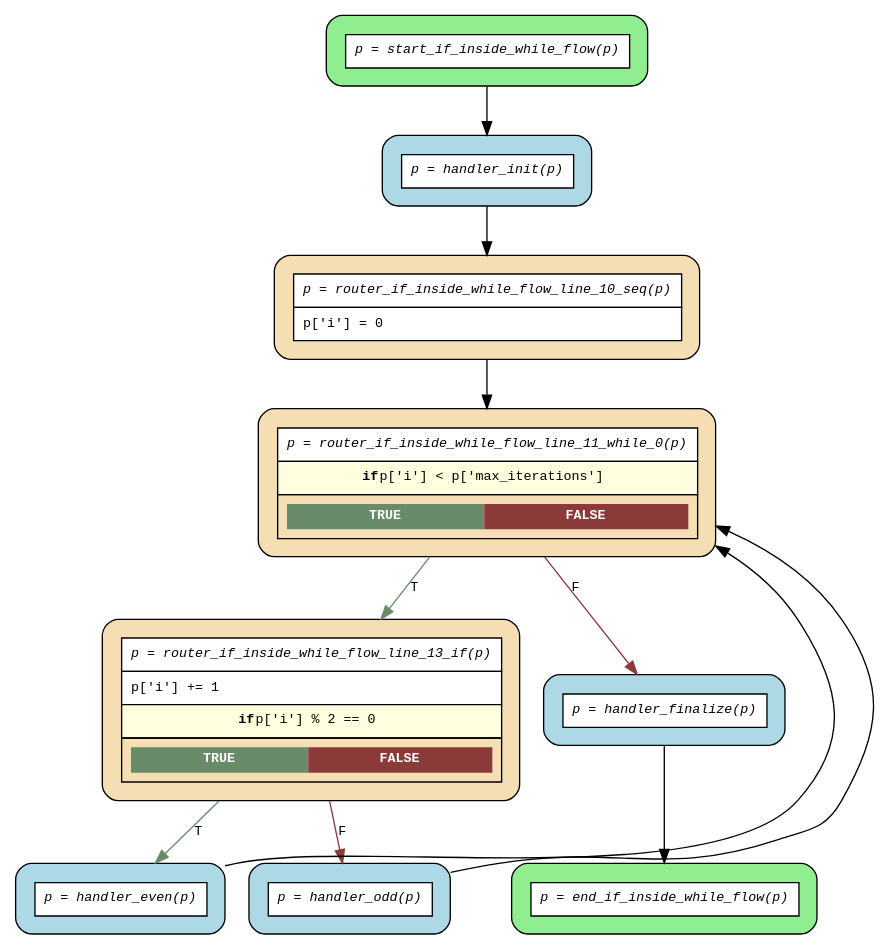
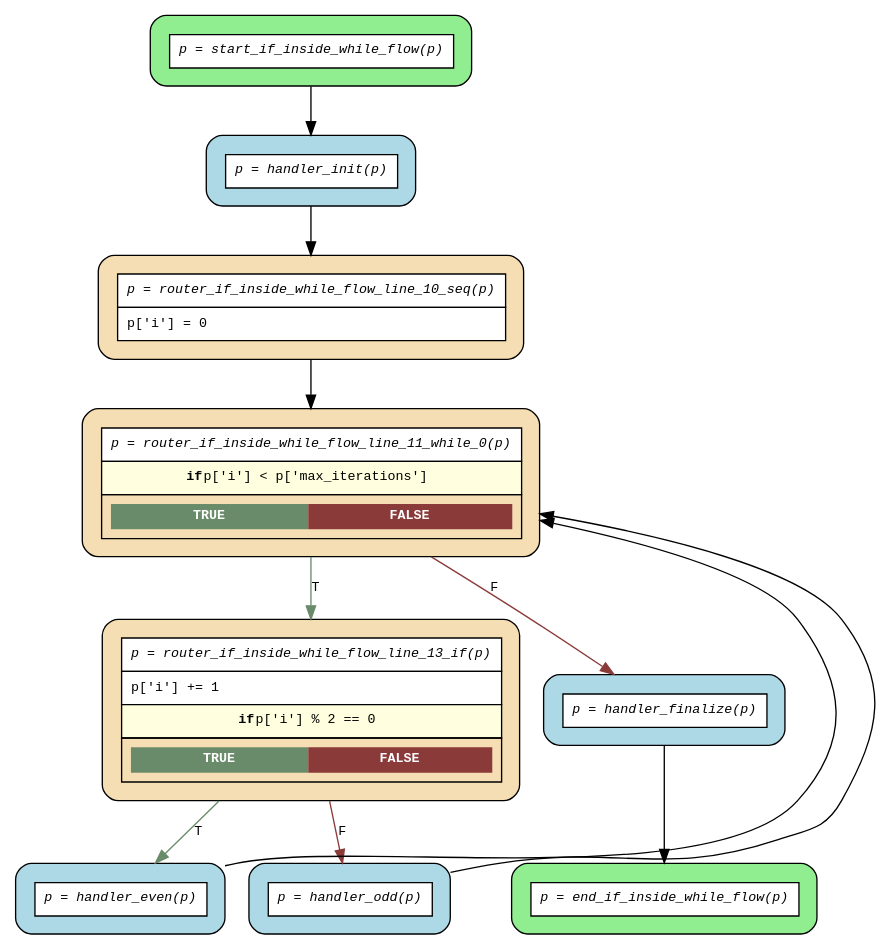
The diagram in examples/flows/compiled/while_with_if/flow.dot (deliveryhero/asya), drawn with Graphviz before and after one commit. The commit also changed 71 other files, not shown here.

```diff
--- a/examples/flows/compiled/while_with_if/flow.dot
+++ b/examples/flows/compiled/while_with_if/flow.dot
@@ -1,27 +1,27 @@
 digraph flow {
   rankdir=TB;
   graph [fontname="Courier", fontsize=10];
   node [fontname="Courier", fontsize=10, shape=box, style="filled,rounded", margin="0.2"];
   edge [fontname="Courier", fontsize=10];
 
-  start_if_inside_while_flow [fillcolor="lightgreen", label=<<table border="0" cellspacing="0" cellpadding="6" cellborder="1"><tr><td bgcolor="white" align="center"><i>p = start_if_inside_while_flow(p)</i></td></tr></table>>];
-  router_if_inside_while_flow_line_13_if [fillcolor="wheat", label=<<table border="0" cellspacing="0" cellpadding="6" cellborder="1"><tr><td bgcolor="white" align="center"><i>p = router_if_inside_while_flow_line_13_if(p)</i></td></tr><tr><td bgcolor="white" align="left">p['i'] += 1</td></tr><tr><td bgcolor="lightyellow"><b>if</b> p['i'] % 2 == 0</td></tr><tr><td><table border="0" cellspacing="0" cellpadding="4"><tr><td bgcolor="darkseagreen4"><font color="white"><b>TRUE</b></font></td><td bgcolor="indianred4"><font color="white"><b>FALSE</b></font></td></tr></table></td></tr></table>>];
-  router_if_inside_while_flow_line_11_while_0 [fillcolor="wheat", label=<<table border="0" cellspacing="0" cellpadding="6" cellborder="1"><tr><td bgcolor="white" align="center"><i>p = router_if_inside_while_flow_line_11_while_0(p)</i></td></tr><tr><td bgcolor="lightyellow"><b>if</b> p['i'] &lt; p['max_iterations']</td></tr><tr><td><table border="0" cellspacing="0" cellpadding="4"><tr><td bgcolor="darkseagreen4"><font color="white"><b>TRUE</b></font></td><td bgcolor="indianred4"><font color="white"><b>FALSE</b></font></td></tr></table></td></tr></table>>];
-  router_if_inside_while_flow_line_10_seq [fillcolor="wheat", label=<<table border="0" cellspacing="0" cellpadding="6" cellborder="1"><tr><td bgcolor="white" align="center"><i>p = router_if_inside_while_flow_line_10_seq(p)</i></td></tr><tr><td bgcolor="white" align="left">p['i'] = 0</td></tr></table>>];
-  end_if_inside_while_flow [fillcolor="lightgreen", label=<<table border="0" cellspacing="0" cellpadding="6" cellborder="1"><tr><td bgcolor="white" align="center"><i>p = end_if_inside_while_flow(p)</i></td></tr></table>>];
+  start_if_inside_while_flow [fillcolor="lightgreen", group="main", label=<<table border="0" cellspacing="0" cellpadding="6" cellborder="1"><tr><td bgcolor="white" align="center"><i>p = start_if_inside_while_flow(p)</i></td></tr></table>>];
+  router_if_inside_while_flow_line_13_if [fillcolor="wheat", group="main", label=<<table border="0" cellspacing="0" cellpadding="6" cellborder="1"><tr><td bgcolor="white" align="center"><i>p = router_if_inside_while_flow_line_13_if(p)</i></td></tr><tr><td bgcolor="white" align="left">p['i'] += 1</td></tr><tr><td bgcolor="lightyellow"><b>if</b> p['i'] % 2 == 0</td></tr><tr><td><table border="0" cellspacing="0" cellpadding="4"><tr><td bgcolor="darkseagreen4"><font color="white"><b>TRUE</b></font></td><td bgcolor="indianred4"><font color="white"><b>FALSE</b></font></td></tr></table></td></tr></table>>];
+  router_if_inside_while_flow_line_11_while_0 [fillcolor="wheat", group="main", label=<<table border="0" cellspacing="0" cellpadding="6" cellborder="1"><tr><td bgcolor="white" align="center"><i>p = router_if_inside_while_flow_line_11_while_0(p)</i></td></tr><tr><td bgcolor="lightyellow"><b>if</b> p['i'] &lt; p['max_iterations']</td></tr><tr><td><table border="0" cellspacing="0" cellpadding="4"><tr><td bgcolor="darkseagreen4"><font color="white"><b>TRUE</b></font></td><td bgcolor="indianred4"><font color="white"><b>FALSE</b></font></td></tr></table></td></tr></table>>];
+  router_if_inside_while_flow_line_10_seq [fillcolor="wheat", group="main", label=<<table border="0" cellspacing="0" cellpadding="6" cellborder="1"><tr><td bgcolor="white" align="center"><i>p = router_if_inside_while_flow_line_10_seq(p)</i></td></tr><tr><td bgcolor="white" align="left">p['i'] = 0</td></tr></table>>];
+  end_if_inside_while_flow [fillcolor="lightgreen", group="main", label=<<table border="0" cellspacing="0" cellpadding="6" cellborder="1"><tr><td bgcolor="white" align="center"><i>p = end_if_inside_while_flow(p)</i></td></tr></table>>];
   handler_even [fillcolor="lightblue", label=<<table border="0" cellspacing="0" cellpadding="6" cellborder="1"><tr><td bgcolor="white" align="center"><i>p = handler_even(p)</i></td></tr></table>>];
   handler_finalize [fillcolor="lightblue", label=<<table border="0" cellspacing="0" cellpadding="6" cellborder="1"><tr><td bgcolor="white" align="center"><i>p = handler_finalize(p)</i></td></tr></table>>];
   handler_init [fillcolor="lightblue", label=<<table border="0" cellspacing="0" cellpadding="6" cellborder="1"><tr><td bgcolor="white" align="center"><i>p = handler_init(p)</i></td></tr></table>>];
   handler_odd [fillcolor="lightblue", label=<<table border="0" cellspacing="0" cellpadding="6" cellborder="1"><tr><td bgcolor="white" align="center"><i>p = handler_odd(p)</i></td></tr></table>>];
 
   handler_even -> router_if_inside_while_flow_line_11_while_0 [constraint=false];
   handler_finalize -> end_if_inside_while_flow;
   handler_init -> router_if_inside_while_flow_line_10_seq;
   handler_odd -> router_if_inside_while_flow_line_11_while_0 [constraint=false];
   router_if_inside_while_flow_line_10_seq -> router_if_inside_while_flow_line_11_while_0;
   router_if_inside_while_flow_line_11_while_0 -> handler_finalize [label="F", color=indianred4];
   router_if_inside_while_flow_line_11_while_0 -> router_if_inside_while_flow_line_13_if [label="T", color=darkseagreen4];
   router_if_inside_while_flow_line_13_if -> handler_even [label="T", color=darkseagreen4];
   router_if_inside_while_flow_line_13_if -> handler_odd [label="F", color=indianred4];
   start_if_inside_while_flow -> handler_init;
 }
```
